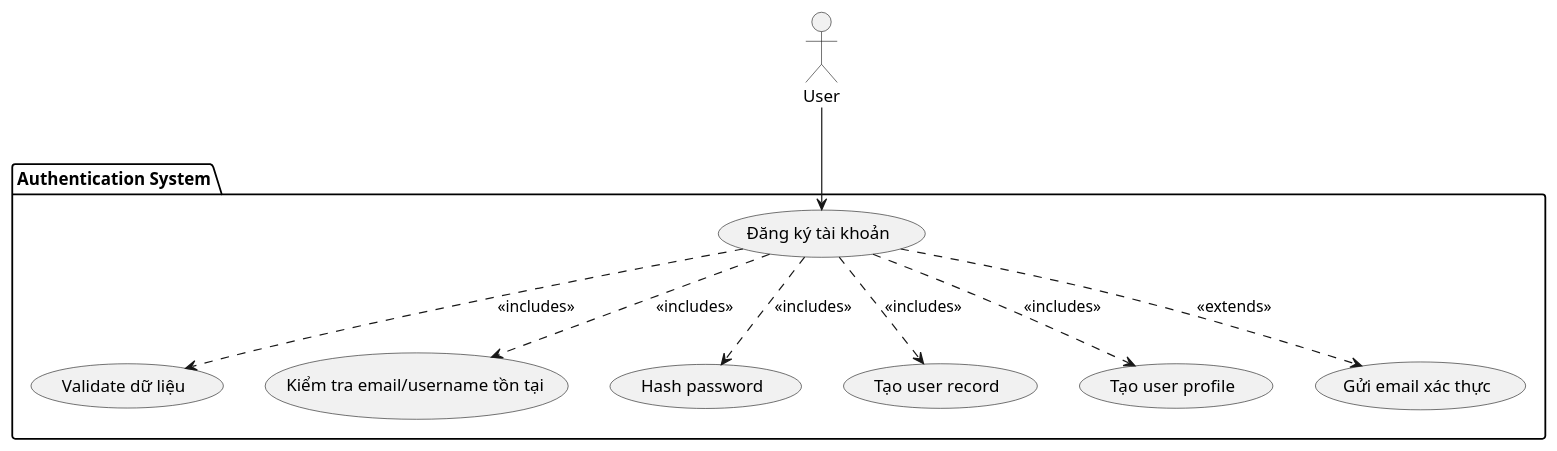
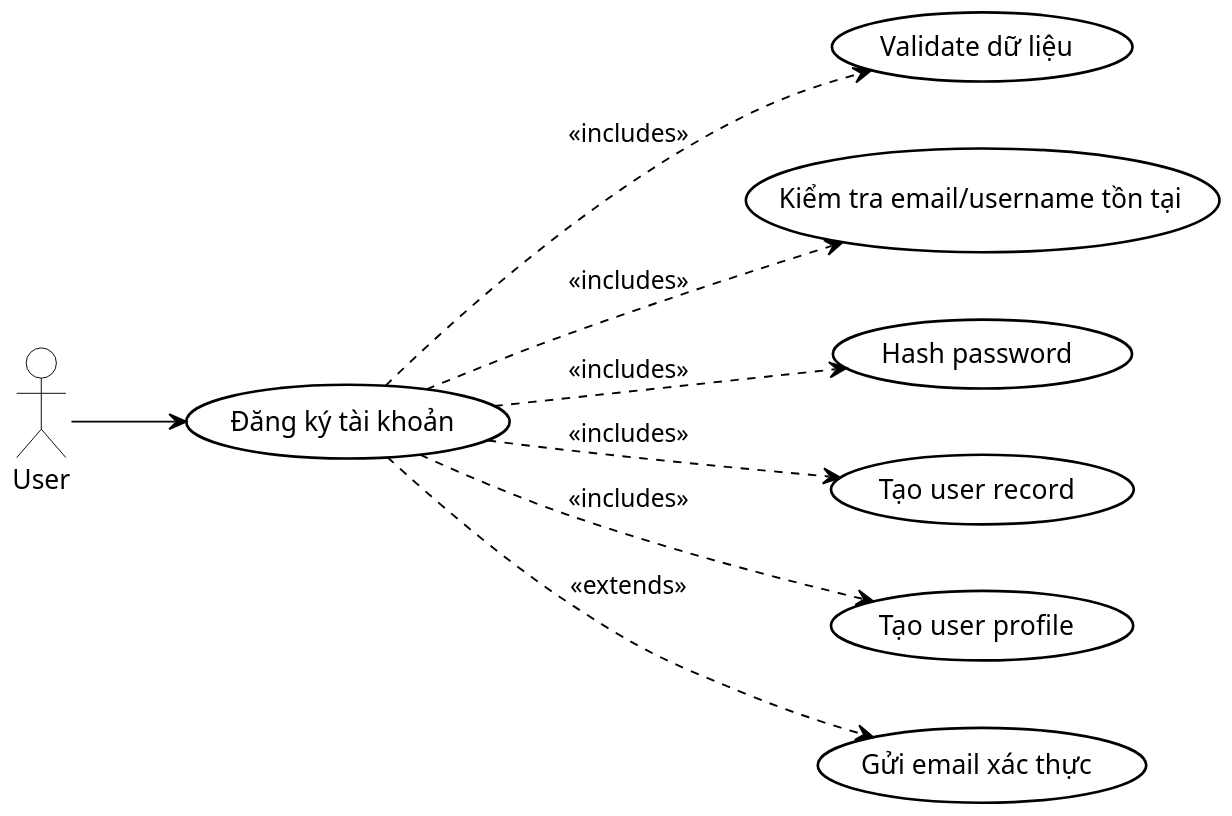
The diagram in uml-diagrams/UC_001_Register.puml (quanbin27/TabiMoney), drawn with PlantUML before and after one commit. The commit also changed 108 other files, not shown here.

Commit message:
docs: update diagram images

```diff
--- a/uml-diagrams/UC_001_Register.puml
+++ b/uml-diagrams/UC_001_Register.puml
@@ -1,22 +1,48 @@
 @startuml UC_001_Register
+
+skinparam usecase {
+    BackgroundColor #FFFFFF
+    BorderColor #000000
+    ArrowColor #000000
+    BorderThickness 1.4
+    FontColor #000000
+    FontSize 14
+}
+
+skinparam actor {
+    BackgroundColor #FFFFFF
+    BorderColor #000000
+    FontColor #000000
+    FontSize 14
+}
+
+skinparam package {
+    BorderColor #000000
+    FontColor #000000
+}
+
+skinparam shadowing false
+skinparam dpi 150
+
+' Layout ngang
+left to right direction
+
 actor User
 
-package "Authentication System" {
-    usecase "Đăng ký tài khoản" as UC_Register
-    usecase "Validate dữ liệu" as UC_Validate
-    usecase "Kiểm tra email/username tồn tại" as UC_CheckExists
-    usecase "Hash password" as UC_HashPassword
-    usecase "Tạo user record" as UC_CreateUser
-    usecase "Tạo user profile" as UC_CreateProfile
-    usecase "Gửi email xác thực" as UC_SendVerification
-}
+usecase "Đăng ký tài khoản" as UC_Register
+usecase "Validate dữ liệu" as UC_Validate
+usecase "Kiểm tra email/username tồn tại" as UC_CheckExists
+usecase "Hash password" as UC_HashPassword
+usecase "Tạo user record" as UC_CreateUser
+usecase "Tạo user profile" as UC_CreateProfile
+usecase "Gửi email xác thực" as UC_SendVerification
 
 User --> UC_Register
 UC_Register ..> UC_Validate : <<includes>>
 UC_Register ..> UC_CheckExists : <<includes>>
 UC_Register ..> UC_HashPassword : <<includes>>
 UC_Register ..> UC_CreateUser : <<includes>>
 UC_Register ..> UC_CreateProfile : <<includes>>
 UC_Register ..> UC_SendVerification : <<extends>>
 
 @enduml
```
